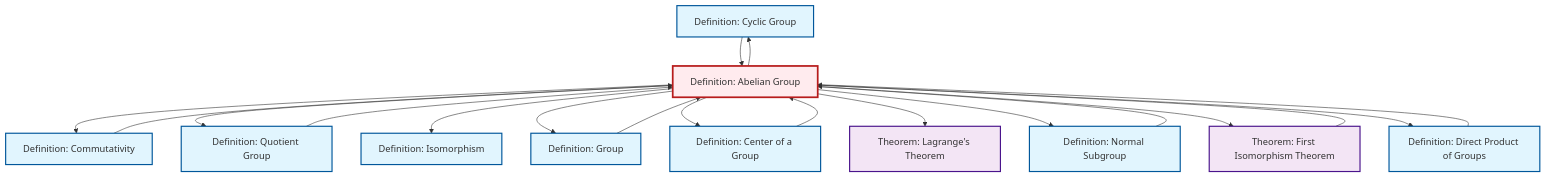
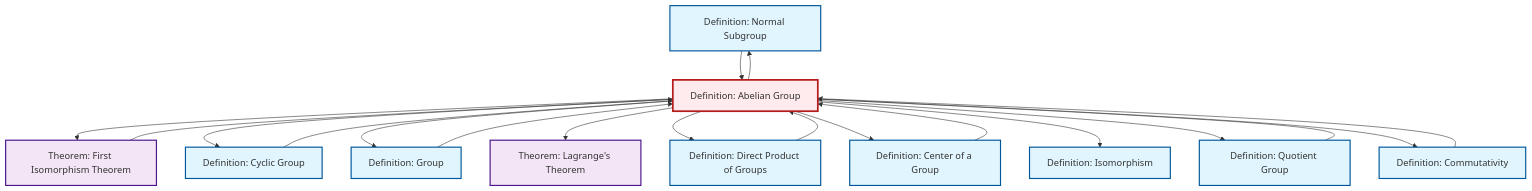
The diagram in content/en/algebra/def-abelian-group.qmd (RK0429/ModernMath), drawn with Mermaid before and after one commit. The commit also changed other lines of this file and 672 other files, not shown here.

````diff
--- a/content/en/algebra/def-abelian-group.qmd
+++ b/content/en/algebra/def-abelian-group.qmd
@@ -104,49 +104,49 @@
 ```{mermaid}
 %%| fig-cap: "Local dependency graph"
 graph TD
     classDef definition fill:#e1f5fe,stroke:#01579b,stroke-width:2px
     classDef theorem fill:#f3e5f5,stroke:#4a148c,stroke-width:2px
     classDef axiom fill:#fff3e0,stroke:#e65100,stroke-width:2px
     classDef example fill:#e8f5e9,stroke:#1b5e20,stroke-width:2px
     classDef current fill:#ffebee,stroke:#b71c1c,stroke-width:3px
+    def-normal-subgroup["Definition: Normal Subgroup"]:::definition
+    def-cyclic-group["Definition: Cyclic Group"]:::definition
+    def-direct-product["Definition: Direct Product of Groups"]:::definition
+    def-quotient-group["Definition: Quotient Group"]:::definition
     def-isomorphism["Definition: Isomorphism"]:::definition
-    def-cyclic-group["Definition: Cyclic Group"]:::definition
-    thm-lagrange["Theorem: Lagrange's Theorem"]:::theorem
-    def-abelian-group["Definition: Abelian Group"]:::definition
-    def-normal-subgroup["Definition: Normal Subgroup"]:::definition
-    def-center-of-group["Definition: Center of a Group"]:::definition
     def-commutativity["Definition: Commutativity"]:::definition
-    def-quotient-group["Definition: Quotient Group"]:::definition
-    def-direct-product["Definition: Direct Product of Groups"]:::definition
     thm-first-isomorphism["Theorem: First Isomorphism Theorem"]:::theorem
     def-group["Definition: Group"]:::definition
+    thm-lagrange["Theorem: Lagrange's Theorem"]:::theorem
+    def-center-of-group["Definition: Center of a Group"]:::definition
+    def-abelian-group["Definition: Abelian Group"]:::definition
+    def-group --> def-abelian-group
+    def-abelian-group --> thm-first-isomorphism
+    def-abelian-group --> def-cyclic-group
+    thm-first-isomorphism --> def-abelian-group
+    def-cyclic-group --> def-abelian-group
+    def-abelian-group --> def-group
+    def-abelian-group --> thm-lagrange
+    def-abelian-group --> def-normal-subgroup
+    def-abelian-group --> def-direct-product
+    def-abelian-group --> def-center-of-group
+    def-center-of-group --> def-abelian-group
+    def-quotient-group --> def-abelian-group
+    def-abelian-group --> def-isomorphism
+    def-commutativity --> def-abelian-group
+    def-abelian-group --> def-quotient-group
     def-abelian-group --> def-commutativity
     def-normal-subgroup --> def-abelian-group
-    def-abelian-group --> def-quotient-group
-    def-quotient-group --> def-abelian-group
-    def-abelian-group --> def-isomorphism
-    def-center-of-group --> def-abelian-group
-    def-abelian-group --> def-group
-    def-group --> def-abelian-group
-    thm-first-isomorphism --> def-abelian-group
-    def-abelian-group --> def-center-of-group
-    def-abelian-group --> thm-lagrange
-    def-abelian-group --> def-cyclic-group
-    def-commutativity --> def-abelian-group
-    def-cyclic-group --> def-abelian-group
-    def-abelian-group --> def-normal-subgroup
-    def-abelian-group --> thm-first-isomorphism
     def-direct-product --> def-abelian-group
-    def-abelian-group --> def-direct-product
     class def-abelian-group current
+    click def-normal-subgroup "def-normal-subgroup.html" "Go to Normal Subgroup definition"
+    click def-cyclic-group "def-cyclic-group.html" "Go to Cyclic Group definition"
+    click def-direct-product "def-direct-product.html" "Go to Direct Product of Groups definition"
+    click def-quotient-group "def-quotient-group.html" "Go to Quotient Group definition"
     click def-isomorphism "def-isomorphism.html" "Go to Isomorphism definition"
-    click def-cyclic-group "def-cyclic-group.html" "Go to Cyclic Group definition"
-    click thm-lagrange "thm-lagrange.html" "Go to Lagrange's Theorem theorem"
-    click def-normal-subgroup "def-normal-subgroup.html" "Go to Normal Subgroup definition"
-    click def-center-of-group "def-center-of-group.html" "Go to Center of a Group definition"
     click def-commutativity "def-commutativity.html" "Go to Commutativity definition"
-    click def-quotient-group "def-quotient-group.html" "Go to Quotient Group definition"
-    click def-direct-product "def-direct-product.html" "Go to Direct Product of Groups definition"
     click thm-first-isomorphism "thm-first-isomorphism.html" "Go to First Isomorphism Theorem theorem"
     click def-group "def-group.html" "Go to Group definition"
+    click thm-lagrange "thm-lagrange.html" "Go to Lagrange's Theorem theorem"
+    click def-center-of-group "def-center-of-group.html" "Go to Center of a Group definition"
 ```
````
